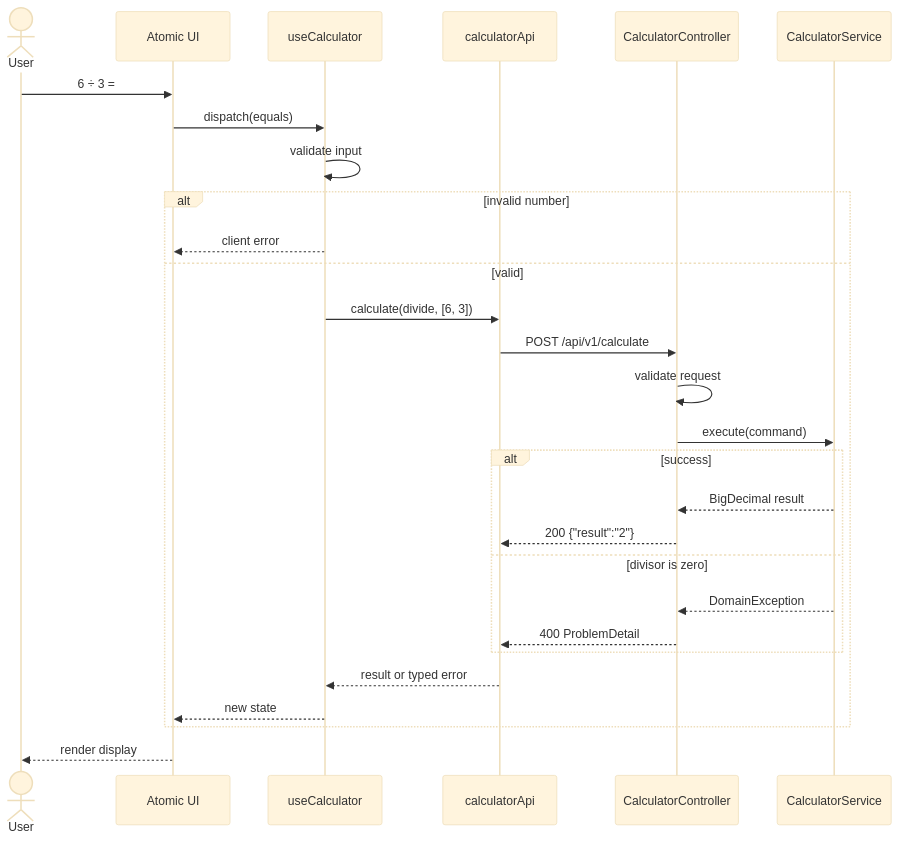
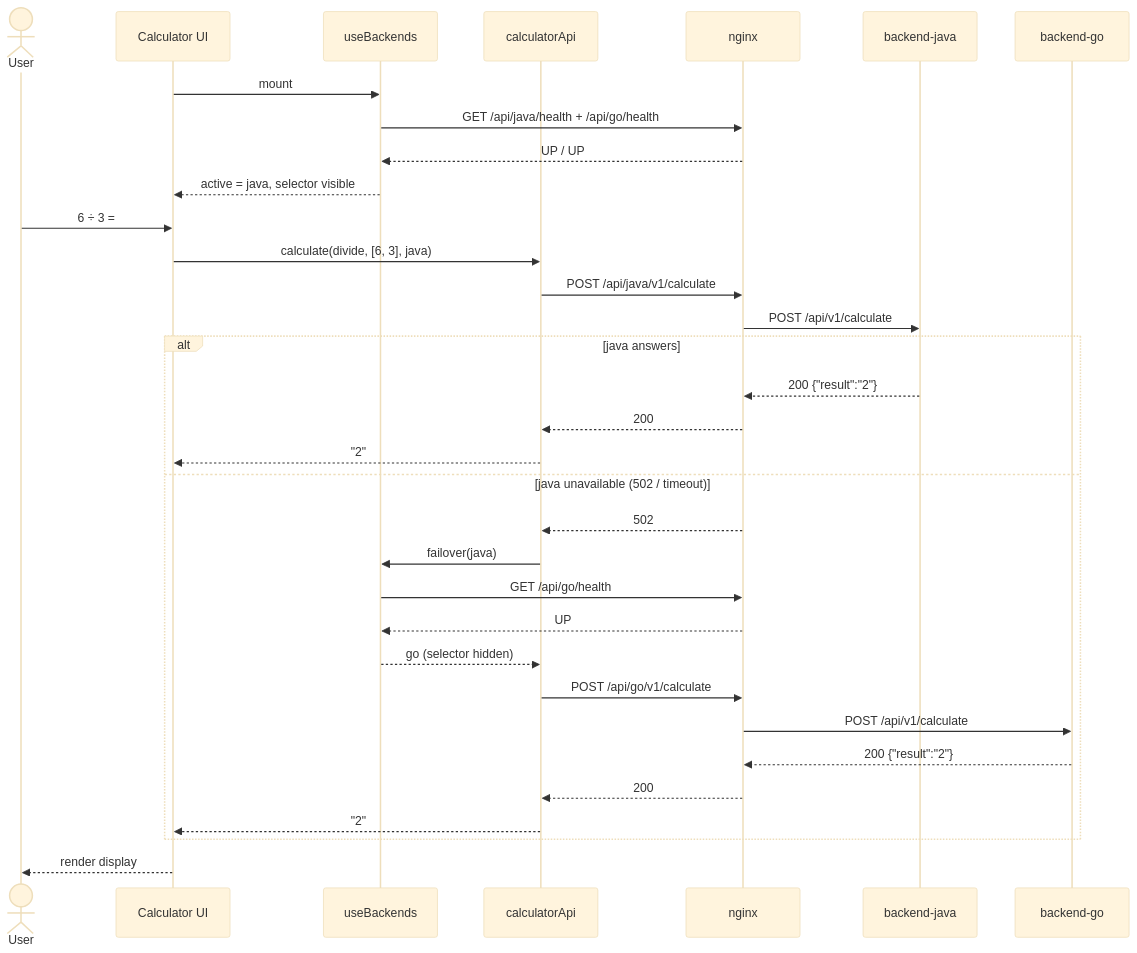
One commit to pabloandresgallardo/sezzle-calculator changed the diagram in .ai/diagrams/data-flow.mmd. Above: the diagram before and after it, drawn with Mermaid (base theme). The commit also changed 94 other files, not shown here.

First line of the commit message:
feat: add Go backend with byte-exact parity and backend selector

```diff
--- a/.ai/diagrams/data-flow.mmd
+++ b/.ai/diagrams/data-flow.mmd
@@ -1,28 +1,33 @@
 sequenceDiagram
   actor User
-  participant UI as Atomic UI
-  participant Hook as useCalculator
+  participant UI as Calculator UI
+  participant BK as useBackends
   participant Api as calculatorApi
-  participant Ctrl as CalculatorController
-  participant Core as CalculatorService
+  participant NX as nginx
+  participant J as backend-java
+  participant G as backend-go
+  UI->>BK: mount
+  BK->>NX: GET /api/java/health + /api/go/health
+  NX-->>BK: UP / UP
+  BK-->>UI: active = java, selector visible
   User->>UI: 6 ÷ 3 =
-  UI->>Hook: dispatch(equals)
-  Hook->>Hook: validate input
-  alt invalid number
-    Hook-->>UI: client error
-  else valid
-    Hook->>Api: calculate(divide, [6, 3])
-    Api->>Ctrl: POST /api/v1/calculate
-    Ctrl->>Ctrl: validate request
-    Ctrl->>Core: execute(command)
-    alt success
-      Core-->>Ctrl: BigDecimal result
-      Ctrl-->>Api: 200 {"result":"2"}
-    else divisor is zero
-      Core-->>Ctrl: DomainException
-      Ctrl-->>Api: 400 ProblemDetail
-    end
-    Api-->>Hook: result or typed error
-    Hook-->>UI: new state
+  UI->>Api: calculate(divide, [6, 3], java)
+  Api->>NX: POST /api/java/v1/calculate
+  NX->>J: POST /api/v1/calculate
+  alt java answers
+    J-->>NX: 200 {"result":"2"}
+    NX-->>Api: 200
+    Api-->>UI: "2"
+  else java unavailable (502 / timeout)
+    NX-->>Api: 502
+    Api->>BK: failover(java)
+    BK->>NX: GET /api/go/health
+    NX-->>BK: UP
+    BK-->>Api: go (selector hidden)
+    Api->>NX: POST /api/go/v1/calculate
+    NX->>G: POST /api/v1/calculate
+    G-->>NX: 200 {"result":"2"}
+    NX-->>Api: 200
+    Api-->>UI: "2"
   end
   UI-->>User: render display
```
